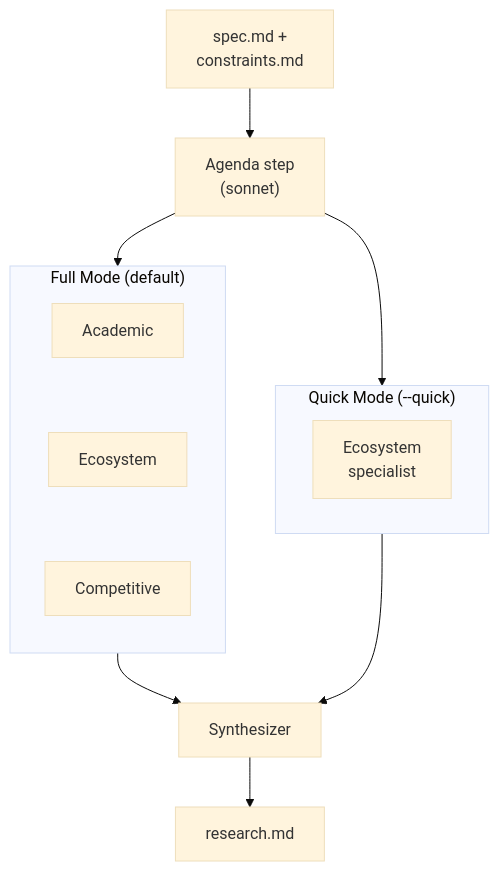
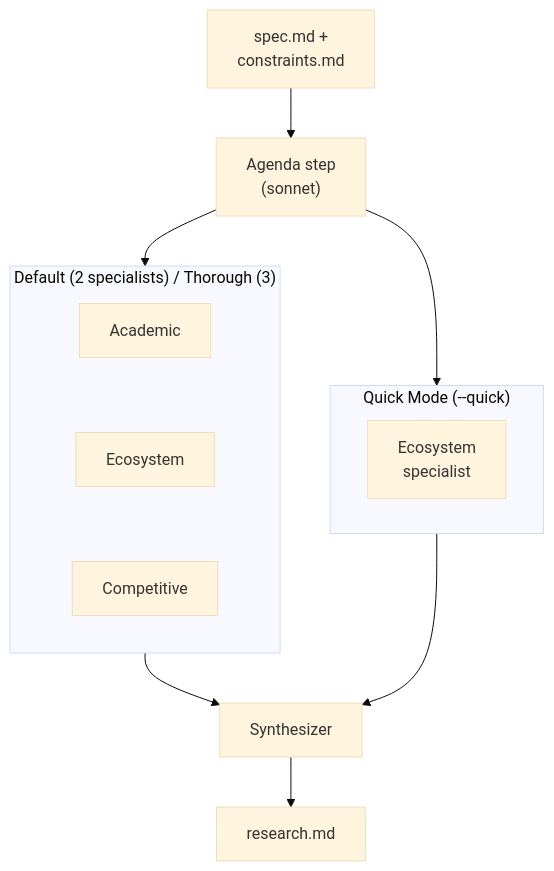
The first of 2 diagrams in docs/research.md (robmclarty/ridgeline), drawn with Mermaid (base theme) before and after one commit. The commit also changed other lines of this file and 12 other files, not shown here.

````diff
--- a/docs/research.md
+++ b/docs/research.md
@@ -26,20 +26,20 @@
 ```mermaid
 flowchart TB
     spec["spec.md +\nconstraints.md"] --> agenda["Agenda step\n(sonnet)"]
 
     agenda --> full_path
     agenda --> quick_path
 
-    subgraph full_path ["Full Mode (default)"]
+    subgraph full_path ["Default (2 specialists) / Thorough (3)"]
         direction TB
         acad["Academic"] ~~~ eco2["Ecosystem"] ~~~ comp["Competitive"]
     end
 
     subgraph quick_path ["Quick Mode (--quick)"]
         eco["Ecosystem\nspecialist"]
     end
 
     full_path --> synth["Synthesizer"]
     quick_path --> synth
     synth --> research_md["research.md"]
 ```
````
